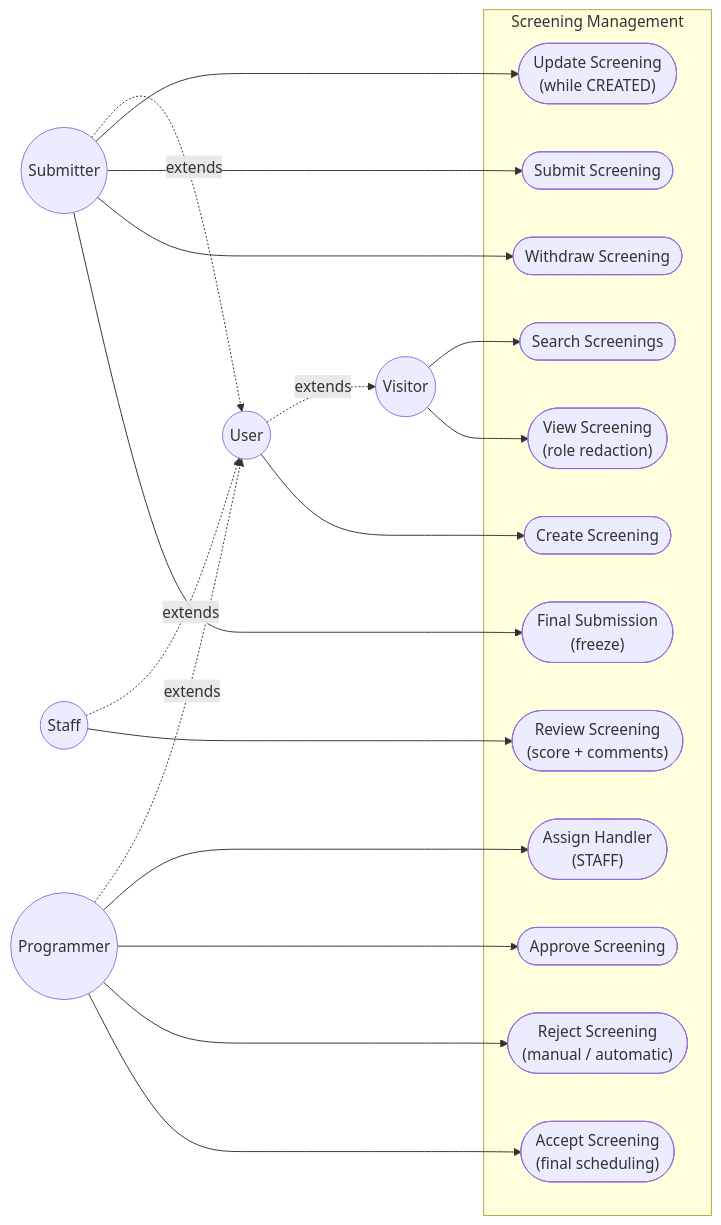
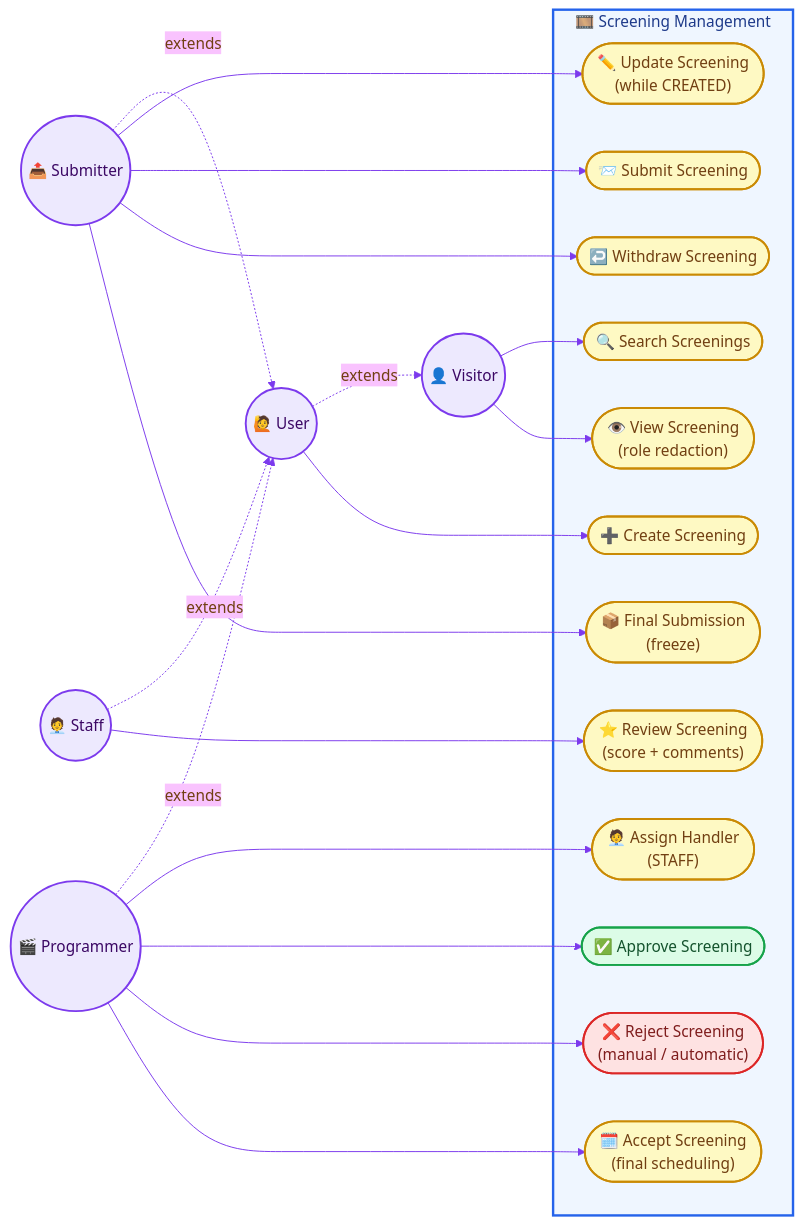
The diagram in diagrams/03-usecase-screening-management.md (Volanakis/SoftwareEngineering101), drawn with Mermaid before and after one commit.

Commit message:
Enhance use case diagram with emoji icons for improved clarity and visual appeal

````diff
--- a/diagrams/03-usecase-screening-management.md
+++ b/diagrams/03-usecase-screening-management.md
@@ -5,41 +5,53 @@
 ```mermaid
+%%{init: {'theme':'base', 'themeVariables': {'fontFamily':'Segoe UI, sans-serif', 'primaryColor':'#fef9c3', 'primaryBorderColor':'#ca8a04', 'primaryTextColor':'#713f12', 'lineColor':'#7c3aed'}}}%%
 flowchart LR
-    Visitor(("Visitor"))
-    User(("User"))
-    Submitter(("Submitter"))
-    Staff(("Staff"))
-    Programmer(("Programmer"))
+    Visitor(("👤 Visitor"))
+    User(("🙋 User"))
+    Submitter(("📤 Submitter"))
+    Staff(("🧑‍💼 Staff"))
+    Programmer(("🎬 Programmer"))
 
     User -.->|extends| Visitor
     Submitter -.->|extends| User
     Staff -.->|extends| User
     Programmer -.->|extends| User
 
-    subgraph SM["Screening Management"]
-        UC1(["Search Screenings"])
-        UC2(["View Screening<br/>(role redaction)"])
-        UC3(["Create Screening"])
-        UC4(["Update Screening<br/>(while CREATED)"])
-        UC5(["Submit Screening"])
-        UC6(["Withdraw Screening"])
-        UC7(["Final Submission<br/>(freeze)"])
-        UC8(["Review Screening<br/>(score + comments)"])
-        UC9(["Assign Handler<br/>(STAFF)"])
-        UC10(["Approve Screening"])
-        UC11(["Reject Screening<br/>(manual / automatic)"])
-        UC12(["Accept Screening<br/>(final scheduling)"])
+    subgraph SM["🎞️ Screening Management"]
+        UC1(["🔍 Search Screenings"])
+        UC2(["👁️ View Screening<br/>(role redaction)"])
+        UC3(["➕ Create Screening"])
+        UC4(["✏️ Update Screening<br/>(while CREATED)"])
+        UC5(["📨 Submit Screening"])
+        UC6(["↩️ Withdraw Screening"])
+        UC7(["📦 Final Submission<br/>(freeze)"])
+        UC8(["⭐ Review Screening<br/>(score + comments)"])
+        UC9(["🧑‍💼 Assign Handler<br/>(STAFF)"])
+        UC10(["✅ Approve Screening"])
+        UC11(["❌ Reject Screening<br/>(manual / automatic)"])
+        UC12(["🗓️ Accept Screening<br/>(final scheduling)"])
     end
 
     Visitor --> UC1
     Visitor --> UC2
     User --> UC3
     Submitter --> UC4
     Submitter --> UC5
     Submitter --> UC6
     Submitter --> UC7
     Staff --> UC8
     Programmer --> UC9
     Programmer --> UC10
     Programmer --> UC11
     Programmer --> UC12
+
+    classDef actor fill:#ede9fe,stroke:#7c3aed,stroke-width:2px,color:#3b0764
+    classDef usecase fill:#fef9c3,stroke:#ca8a04,stroke-width:2px,color:#713f12
+    classDef approve fill:#dcfce7,stroke:#16a34a,stroke-width:2px,color:#14532d
+    classDef reject fill:#fee2e2,stroke:#dc2626,stroke-width:2px,color:#7f1d1d
+    style SM fill:#eff6ff,stroke:#2563eb,stroke-width:2.5px,color:#1e3a8a
+
+    class Visitor,User,Submitter,Staff,Programmer actor
+    class UC1,UC2,UC3,UC4,UC5,UC6,UC7,UC8,UC9,UC12 usecase
+    class UC10 approve
+    class UC11 reject
 ```
````
